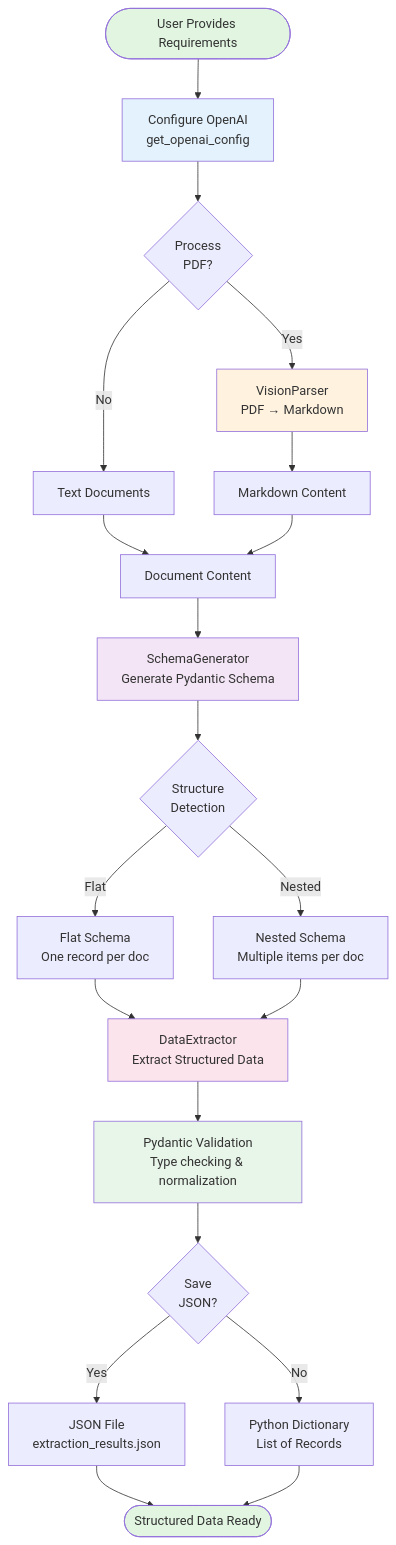
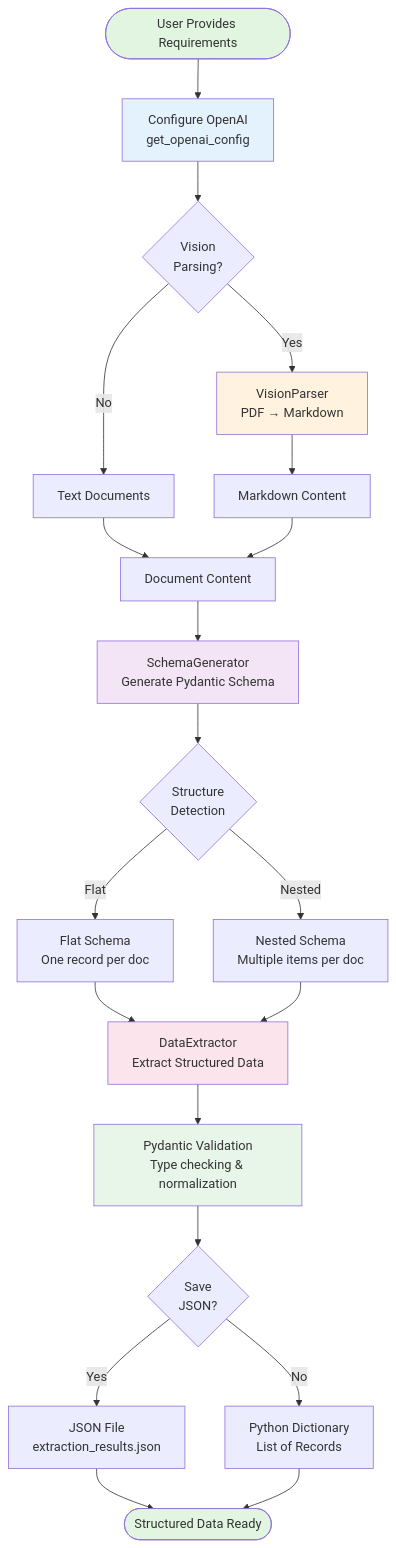
Before and after one commit to umairalipathan1980/Knowledge-Extraction-Using-Dynamic-Schema-Generation: the diagram in README.md, drawn with Mermaid.

Commit message:
Adjusted mermaid in README

````diff
--- a/README.md
+++ b/README.md
@@ -16,40 +16,40 @@
 ```mermaid
 graph TB
     Start([User Provides Requirements]) --> Config[Configure OpenAI<br/>get_openai_config]
 
-    Config --> PDF{Process<br/>PDF?}
+    Config --> PDF{Vision<br/>Parsing?}
 
     PDF -->|Yes| Parser[VisionParser<br/>PDF → Markdown]
     PDF -->|No| TextDoc[Text Documents]
 
     Parser --> Markdown[Markdown Content]
     TextDoc --> DocInput[Document Content]
     Markdown --> DocInput
 
     DocInput --> SchemaGen[SchemaGenerator<br/>Generate Pydantic Schema]
 
     SchemaGen --> Detect{Structure<br/>Detection}
     Detect -->|Flat| FlatSchema[Flat Schema<br/>One record per doc]
     Detect -->|Nested| NestedSchema[Nested Schema<br/>Multiple items per doc]
 
     FlatSchema --> Extract[DataExtractor<br/>Extract Structured Data]
     NestedSchema --> Extract
 
     Extract --> Validate[Pydantic Validation<br/>Type checking & normalization]
 
     Validate --> Output{Save<br/>JSON?}
 
     Output -->|Yes| JSON[JSON File<br/>extraction_results.json]
     Output -->|No| Results[Python Dictionary<br/>List of Records]
 
     JSON --> End([Structured Data Ready])
     Results --> End
 
     style Start fill:#e1f5e1
     style Config fill:#e3f2fd
     style Parser fill:#fff3e0
     style SchemaGen fill:#f3e5f5
     style Extract fill:#fce4ec
     style End fill:#e1f5e1
     style Validate fill:#e8f5e9
 ```
````
